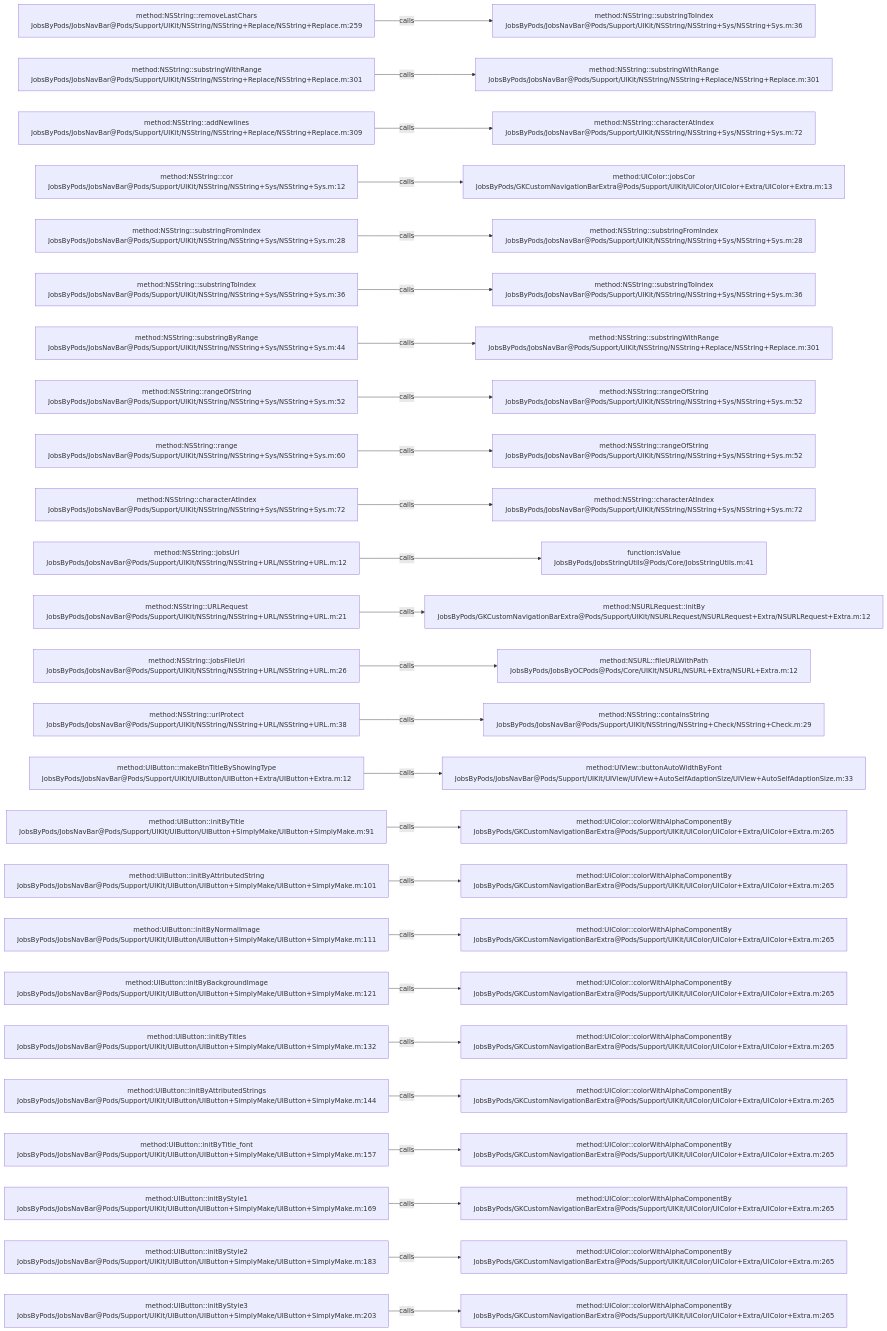
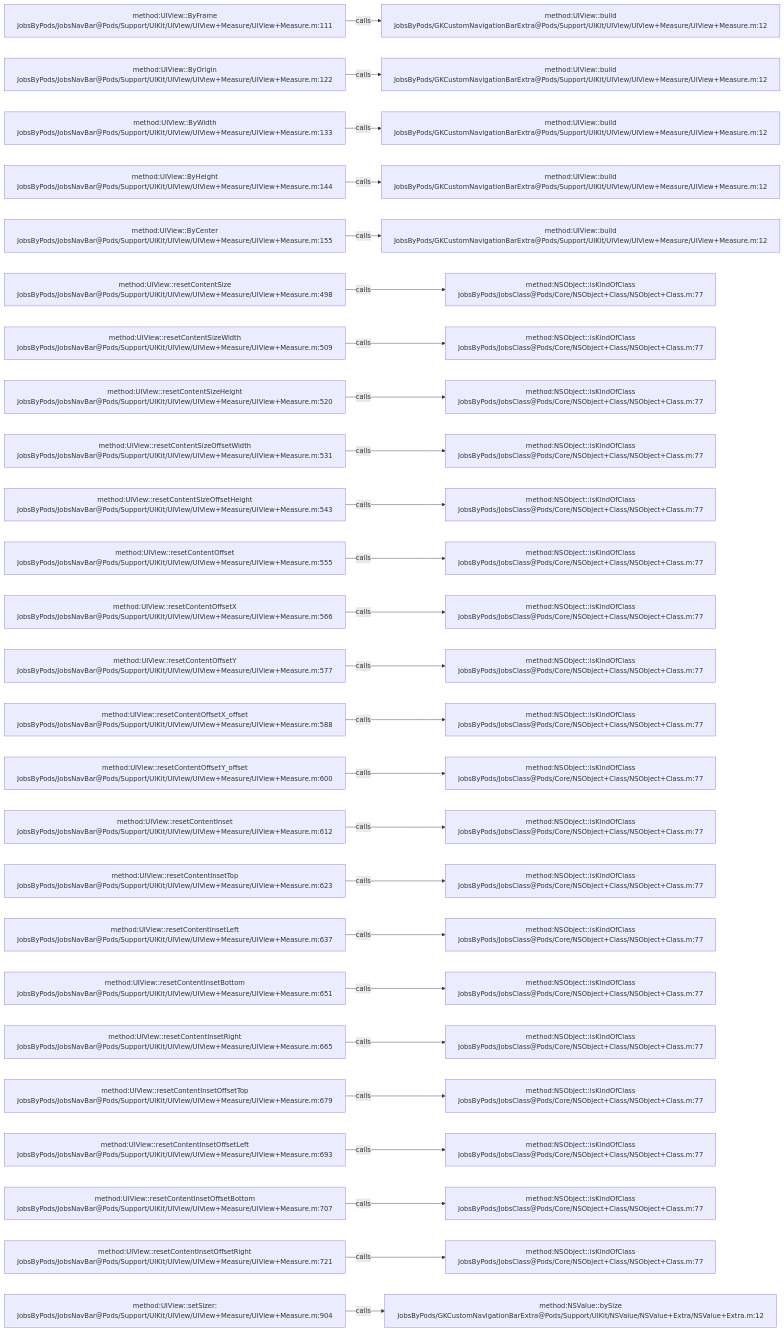
One commit to JobsKits/JobsOCBaseConfigDemo changed the diagram in .codegraph/codegraph.md/graphs/calls-121.md. Above: the diagram before and after it, drawn with Mermaid. The commit also changed 639 other files, not shown here.

````diff
--- a/.codegraph/codegraph.md/graphs/calls-121.md
+++ b/.codegraph/codegraph.md/graphs/calls-121.md
@@ -13,78 +13,78 @@
 ```mermaid
 flowchart LR
-  S1["method:NSString::removeLastChars<br/>JobsByPods/JobsNavBar@Pods/Support/UIKit/NSString/NSString+Replace/NSString+Replace.m:259"]
-  T1["method:NSString::substringToIndex<br/>JobsByPods/JobsNavBar@Pods/Support/UIKit/NSString/NSString+Sys/NSString+Sys.m:36"]
+  S1["method:UIView::ByFrame<br/>JobsByPods/JobsNavBar@Pods/Support/UIKit/UIView/UIView+Measure/UIView+Measure.m:111"]
+  T1["method:UIView::build<br/>JobsByPods/GKCustomNavigationBarExtra@Pods/Support/UIKit/UIView/UIView+Measure/UIView+Measure.m:12"]
   S1 -->|calls| T1
-  S2["method:NSString::substringWithRange<br/>JobsByPods/JobsNavBar@Pods/Support/UIKit/NSString/NSString+Replace/NSString+Replace.m:301"]
-  T2["method:NSString::substringWithRange<br/>JobsByPods/JobsNavBar@Pods/Support/UIKit/NSString/NSString+Replace/NSString+Replace.m:301"]
+  S2["method:UIView::ByOrigin<br/>JobsByPods/JobsNavBar@Pods/Support/UIKit/UIView/UIView+Measure/UIView+Measure.m:122"]
+  T2["method:UIView::build<br/>JobsByPods/GKCustomNavigationBarExtra@Pods/Support/UIKit/UIView/UIView+Measure/UIView+Measure.m:12"]
   S2 -->|calls| T2
-  S3["method:NSString::addNewlines<br/>JobsByPods/JobsNavBar@Pods/Support/UIKit/NSString/NSString+Replace/NSString+Replace.m:309"]
-  T3["method:NSString::characterAtIndex<br/>JobsByPods/JobsNavBar@Pods/Support/UIKit/NSString/NSString+Sys/NSString+Sys.m:72"]
+  S3["method:UIView::ByWidth<br/>JobsByPods/JobsNavBar@Pods/Support/UIKit/UIView/UIView+Measure/UIView+Measure.m:133"]
+  T3["method:UIView::build<br/>JobsByPods/GKCustomNavigationBarExtra@Pods/Support/UIKit/UIView/UIView+Measure/UIView+Measure.m:12"]
   S3 -->|calls| T3
-  S4["method:NSString::cor<br/>JobsByPods/JobsNavBar@Pods/Support/UIKit/NSString/NSString+Sys/NSString+Sys.m:12"]
-  T4["method:UIColor::jobsCor<br/>JobsByPods/GKCustomNavigationBarExtra@Pods/Support/UIKit/UIColor/UIColor+Extra/UIColor+Extra.m:13"]
+  S4["method:UIView::ByHeight<br/>JobsByPods/JobsNavBar@Pods/Support/UIKit/UIView/UIView+Measure/UIView+Measure.m:144"]
+  T4["method:UIView::build<br/>JobsByPods/GKCustomNavigationBarExtra@Pods/Support/UIKit/UIView/UIView+Measure/UIView+Measure.m:12"]
   S4 -->|calls| T4
-  S5["method:NSString::substringFromIndex<br/>JobsByPods/JobsNavBar@Pods/Support/UIKit/NSString/NSString+Sys/NSString+Sys.m:28"]
-  T5["method:NSString::substringFromIndex<br/>JobsByPods/JobsNavBar@Pods/Support/UIKit/NSString/NSString+Sys/NSString+Sys.m:28"]
+  S5["method:UIView::ByCenter<br/>JobsByPods/JobsNavBar@Pods/Support/UIKit/UIView/UIView+Measure/UIView+Measure.m:155"]
+  T5["method:UIView::build<br/>JobsByPods/GKCustomNavigationBarExtra@Pods/Support/UIKit/UIView/UIView+Measure/UIView+Measure.m:12"]
   S5 -->|calls| T5
-  S6["method:NSString::substringToIndex<br/>JobsByPods/JobsNavBar@Pods/Support/UIKit/NSString/NSString+Sys/NSString+Sys.m:36"]
-  T6["method:NSString::substringToIndex<br/>JobsByPods/JobsNavBar@Pods/Support/UIKit/NSString/NSString+Sys/NSString+Sys.m:36"]
+  S6["method:UIView::resetContentSize<br/>JobsByPods/JobsNavBar@Pods/Support/UIKit/UIView/UIView+Measure/UIView+Measure.m:498"]
+  T6["method:NSObject::isKindOfClass<br/>JobsByPods/JobsClass@Pods/Core/NSObject+Class/NSObject+Class.m:77"]
   S6 -->|calls| T6
-  S7["method:NSString::substringByRange<br/>JobsByPods/JobsNavBar@Pods/Support/UIKit/NSString/NSString+Sys/NSString+Sys.m:44"]
-  T7["method:NSString::substringWithRange<br/>JobsByPods/JobsNavBar@Pods/Support/UIKit/NSString/NSString+Replace/NSString+Replace.m:301"]
+  S7["method:UIView::resetContentSizeWidth<br/>JobsByPods/JobsNavBar@Pods/Support/UIKit/UIView/UIView+Measure/UIView+Measure.m:509"]
+  T7["method:NSObject::isKindOfClass<br/>JobsByPods/JobsClass@Pods/Core/NSObject+Class/NSObject+Class.m:77"]
   S7 -->|calls| T7
-  S8["method:NSString::rangeOfString<br/>JobsByPods/JobsNavBar@Pods/Support/UIKit/NSString/NSString+Sys/NSString+Sys.m:52"]
-  T8["method:NSString::rangeOfString<br/>JobsByPods/JobsNavBar@Pods/Support/UIKit/NSString/NSString+Sys/NSString+Sys.m:52"]
+  S8["method:UIView::resetContentSizeHeight<br/>JobsByPods/JobsNavBar@Pods/Support/UIKit/UIView/UIView+Measure/UIView+Measure.m:520"]
+  T8["method:NSObject::isKindOfClass<br/>JobsByPods/JobsClass@Pods/Core/NSObject+Class/NSObject+Class.m:77"]
   S8 -->|calls| T8
-  S9["method:NSString::range<br/>JobsByPods/JobsNavBar@Pods/Support/UIKit/NSString/NSString+Sys/NSString+Sys.m:60"]
-  T9["method:NSString::rangeOfString<br/>JobsByPods/JobsNavBar@Pods/Support/UIKit/NSString/NSString+Sys/NSString+Sys.m:52"]
+  S9["method:UIView::resetContentSizeOffsetWidth<br/>JobsByPods/JobsNavBar@Pods/Support/UIKit/UIView/UIView+Measure/UIView+Measure.m:531"]
+  T9["method:NSObject::isKindOfClass<br/>JobsByPods/JobsClass@Pods/Core/NSObject+Class/NSObject+Class.m:77"]
   S9 -->|calls| T9
-  S10["method:NSString::characterAtIndex<br/>JobsByPods/JobsNavBar@Pods/Support/UIKit/NSString/NSString+Sys/NSString+Sys.m:72"]
-  T10["method:NSString::characterAtIndex<br/>JobsByPods/JobsNavBar@Pods/Support/UIKit/NSString/NSString+Sys/NSString+Sys.m:72"]
+  S10["method:UIView::resetContentSizeOffsetHeight<br/>JobsByPods/JobsNavBar@Pods/Support/UIKit/UIView/UIView+Measure/UIView+Measure.m:543"]
+  T10["method:NSObject::isKindOfClass<br/>JobsByPods/JobsClass@Pods/Core/NSObject+Class/NSObject+Class.m:77"]
   S10 -->|calls| T10
-  S11["method:NSString::jobsUrl<br/>JobsByPods/JobsNavBar@Pods/Support/UIKit/NSString/NSString+URL/NSString+URL.m:12"]
-  T11["function:isValue<br/>JobsByPods/JobsStringUtils@Pods/Core/JobsStringUtils.m:41"]
+  S11["method:UIView::resetContentOffset<br/>JobsByPods/JobsNavBar@Pods/Support/UIKit/UIView/UIView+Measure/UIView+Measure.m:555"]
+  T11["method:NSObject::isKindOfClass<br/>JobsByPods/JobsClass@Pods/Core/NSObject+Class/NSObject+Class.m:77"]
   S11 -->|calls| T11
-  S12["method:NSString::URLRequest<br/>JobsByPods/JobsNavBar@Pods/Support/UIKit/NSString/NSString+URL/NSString+URL.m:21"]
-  T12["method:NSURLRequest::initBy<br/>JobsByPods/GKCustomNavigationBarExtra@Pods/Support/UIKit/NSURLRequest/NSURLRequest+Extra/NSURLRequest+Extra.m:12"]
+  S12["method:UIView::resetContentOffsetX<br/>JobsByPods/JobsNavBar@Pods/Support/UIKit/UIView/UIView+Measure/UIView+Measure.m:566"]
+  T12["method:NSObject::isKindOfClass<br/>JobsByPods/JobsClass@Pods/Core/NSObject+Class/NSObject+Class.m:77"]
   S12 -->|calls| T12
-  S13["method:NSString::jobsFileUrl<br/>JobsByPods/JobsNavBar@Pods/Support/UIKit/NSString/NSString+URL/NSString+URL.m:26"]
-  T13["method:NSURL::fileURLWithPath<br/>JobsByPods/JobsByOCPods@Pods/Core/UIKit/NSURL/NSURL+Extra/NSURL+Extra.m:12"]
+  S13["method:UIView::resetContentOffsetY<br/>JobsByPods/JobsNavBar@Pods/Support/UIKit/UIView/UIView+Measure/UIView+Measure.m:577"]
+  T13["method:NSObject::isKindOfClass<br/>JobsByPods/JobsClass@Pods/Core/NSObject+Class/NSObject+Class.m:77"]
   S13 -->|calls| T13
-  S14["method:NSString::urlProtect<br/>JobsByPods/JobsNavBar@Pods/Support/UIKit/NSString/NSString+URL/NSString+URL.m:38"]
-  T14["method:NSString::containsString<br/>JobsByPods/JobsNavBar@Pods/Support/UIKit/NSString/NSString+Check/NSString+Check.m:29"]
+  S14["method:UIView::resetContentOffsetX_offset<br/>JobsByPods/JobsNavBar@Pods/Support/UIKit/UIView/UIView+Measure/UIView+Measure.m:588"]
+  T14["method:NSObject::isKindOfClass<br/>JobsByPods/JobsClass@Pods/Core/NSObject+Class/NSObject+Class.m:77"]
   S14 -->|calls| T14
-  S15["method:UIButton::makeBtnTitleByShowingType<br/>JobsByPods/JobsNavBar@Pods/Support/UIKit/UIButton/UIButton+Extra/UIButton+Extra.m:12"]
-  T15["method:UIView::buttonAutoWidthByFont<br/>JobsByPods/JobsNavBar@Pods/Support/UIKit/UIView/UIView+AutoSelfAdaptionSize/UIView+AutoSelfAdaptionSize.m:33"]
+  S15["method:UIView::resetContentOffsetY_offset<br/>JobsByPods/JobsNavBar@Pods/Support/UIKit/UIView/UIView+Measure/UIView+Measure.m:600"]
+  T15["method:NSObject::isKindOfClass<br/>JobsByPods/JobsClass@Pods/Core/NSObject+Class/NSObject+Class.m:77"]
   S15 -->|calls| T15
-  S16["method:UIButton::initByTitle<br/>JobsByPods/JobsNavBar@Pods/Support/UIKit/UIButton/UIButton+SimplyMake/UIButton+SimplyMake.m:91"]
-  T16["method:UIColor::colorWithAlphaComponentBy<br/>JobsByPods/GKCustomNavigationBarExtra@Pods/Support/UIKit/UIColor/UIColor+Extra/UIColor+Extra.m:265"]
+  S16["method:UIView::resetContentInset<br/>JobsByPods/JobsNavBar@Pods/Support/UIKit/UIView/UIView+Measure/UIView+Measure.m:612"]
+  T16["method:NSObject::isKindOfClass<br/>JobsByPods/JobsClass@Pods/Core/NSObject+Class/NSObject+Class.m:77"]
   S16 -->|calls| T16
-  S17["method:UIButton::initByAttributedString<br/>JobsByPods/JobsNavBar@Pods/Support/UIKit/UIButton/UIButton+SimplyMake/UIButton+SimplyMake.m:101"]
-  T17["method:UIColor::colorWithAlphaComponentBy<br/>JobsByPods/GKCustomNavigationBarExtra@Pods/Support/UIKit/UIColor/UIColor+Extra/UIColor+Extra.m:265"]
+  S17["method:UIView::resetContentInsetTop<br/>JobsByPods/JobsNavBar@Pods/Support/UIKit/UIView/UIView+Measure/UIView+Measure.m:623"]
+  T17["method:NSObject::isKindOfClass<br/>JobsByPods/JobsClass@Pods/Core/NSObject+Class/NSObject+Class.m:77"]
   S17 -->|calls| T17
-  S18["method:UIButton::initByNormalImage<br/>JobsByPods/JobsNavBar@Pods/Support/UIKit/UIButton/UIButton+SimplyMake/UIButton+SimplyMake.m:111"]
-  T18["method:UIColor::colorWithAlphaComponentBy<br/>JobsByPods/GKCustomNavigationBarExtra@Pods/Support/UIKit/UIColor/UIColor+Extra/UIColor+Extra.m:265"]
+  S18["method:UIView::resetContentInsetLeft<br/>JobsByPods/JobsNavBar@Pods/Support/UIKit/UIView/UIView+Measure/UIView+Measure.m:637"]
+  T18["method:NSObject::isKindOfClass<br/>JobsByPods/JobsClass@Pods/Core/NSObject+Class/NSObject+Class.m:77"]
   S18 -->|calls| T18
-  S19["method:UIButton::initByBackgroundImage<br/>JobsByPods/JobsNavBar@Pods/Support/UIKit/UIButton/UIButton+SimplyMake/UIButton+SimplyMake.m:121"]
-  T19["method:UIColor::colorWithAlphaComponentBy<br/>JobsByPods/GKCustomNavigationBarExtra@Pods/Support/UIKit/UIColor/UIColor+Extra/UIColor+Extra.m:265"]
+  S19["method:UIView::resetContentInsetBottom<br/>JobsByPods/JobsNavBar@Pods/Support/UIKit/UIView/UIView+Measure/UIView+Measure.m:651"]
+  T19["method:NSObject::isKindOfClass<br/>JobsByPods/JobsClass@Pods/Core/NSObject+Class/NSObject+Class.m:77"]
   S19 -->|calls| T19
-  S20["method:UIButton::initByTitles<br/>JobsByPods/JobsNavBar@Pods/Support/UIKit/UIButton/UIButton+SimplyMake/UIButton+SimplyMake.m:132"]
-  T20["method:UIColor::colorWithAlphaComponentBy<br/>JobsByPods/GKCustomNavigationBarExtra@Pods/Support/UIKit/UIColor/UIColor+Extra/UIColor+Extra.m:265"]
+  S20["method:UIView::resetContentInsetRight<br/>JobsByPods/JobsNavBar@Pods/Support/UIKit/UIView/UIView+Measure/UIView+Measure.m:665"]
+  T20["method:NSObject::isKindOfClass<br/>JobsByPods/JobsClass@Pods/Core/NSObject+Class/NSObject+Class.m:77"]
   S20 -->|calls| T20
-  S21["method:UIButton::initByAttributedStrings<br/>JobsByPods/JobsNavBar@Pods/Support/UIKit/UIButton/UIButton+SimplyMake/UIButton+SimplyMake.m:144"]
-  T21["method:UIColor::colorWithAlphaComponentBy<br/>JobsByPods/GKCustomNavigationBarExtra@Pods/Support/UIKit/UIColor/UIColor+Extra/UIColor+Extra.m:265"]
+  S21["method:UIView::resetContentInsetOffsetTop<br/>JobsByPods/JobsNavBar@Pods/Support/UIKit/UIView/UIView+Measure/UIView+Measure.m:679"]
+  T21["method:NSObject::isKindOfClass<br/>JobsByPods/JobsClass@Pods/Core/NSObject+Class/NSObject+Class.m:77"]
   S21 -->|calls| T21
-  S22["method:UIButton::initByTitle_font<br/>JobsByPods/JobsNavBar@Pods/Support/UIKit/UIButton/UIButton+SimplyMake/UIButton+SimplyMake.m:157"]
-  T22["method:UIColor::colorWithAlphaComponentBy<br/>JobsByPods/GKCustomNavigationBarExtra@Pods/Support/UIKit/UIColor/UIColor+Extra/UIColor+Extra.m:265"]
+  S22["method:UIView::resetContentInsetOffsetLeft<br/>JobsByPods/JobsNavBar@Pods/Support/UIKit/UIView/UIView+Measure/UIView+Measure.m:693"]
+  T22["method:NSObject::isKindOfClass<br/>JobsByPods/JobsClass@Pods/Core/NSObject+Class/NSObject+Class.m:77"]
   S22 -->|calls| T22
-  S23["method:UIButton::initByStyle1<br/>JobsByPods/JobsNavBar@Pods/Support/UIKit/UIButton/UIButton+SimplyMake/UIButton+SimplyMake.m:169"]
-  T23["method:UIColor::colorWithAlphaComponentBy<br/>JobsByPods/GKCustomNavigationBarExtra@Pods/Support/UIKit/UIColor/UIColor+Extra/UIColor+Extra.m:265"]
+  S23["method:UIView::resetContentInsetOffsetBottom<br/>JobsByPods/JobsNavBar@Pods/Support/UIKit/UIView/UIView+Measure/UIView+Measure.m:707"]
+  T23["method:NSObject::isKindOfClass<br/>JobsByPods/JobsClass@Pods/Core/NSObject+Class/NSObject+Class.m:77"]
   S23 -->|calls| T23
-  S24["method:UIButton::initByStyle2<br/>JobsByPods/JobsNavBar@Pods/Support/UIKit/UIButton/UIButton+SimplyMake/UIButton+SimplyMake.m:183"]
-  T24["method:UIColor::colorWithAlphaComponentBy<br/>JobsByPods/GKCustomNavigationBarExtra@Pods/Support/UIKit/UIColor/UIColor+Extra/UIColor+Extra.m:265"]
+  S24["method:UIView::resetContentInsetOffsetRight<br/>JobsByPods/JobsNavBar@Pods/Support/UIKit/UIView/UIView+Measure/UIView+Measure.m:721"]
+  T24["method:NSObject::isKindOfClass<br/>JobsByPods/JobsClass@Pods/Core/NSObject+Class/NSObject+Class.m:77"]
   S24 -->|calls| T24
-  S25["method:UIButton::initByStyle3<br/>JobsByPods/JobsNavBar@Pods/Support/UIKit/UIButton/UIButton+SimplyMake/UIButton+SimplyMake.m:203"]
-  T25["method:UIColor::colorWithAlphaComponentBy<br/>JobsByPods/GKCustomNavigationBarExtra@Pods/Support/UIKit/UIColor/UIColor+Extra/UIColor+Extra.m:265"]
+  S25["method:UIView::setSizer:<br/>JobsByPods/JobsNavBar@Pods/Support/UIKit/UIView/UIView+Measure/UIView+Measure.m:904"]
+  T25["method:NSValue::bySize<br/>JobsByPods/GKCustomNavigationBarExtra@Pods/Support/UIKit/NSValue/NSValue+Extra/NSValue+Extra.m:12"]
   S25 -->|calls| T25
 ```
````
